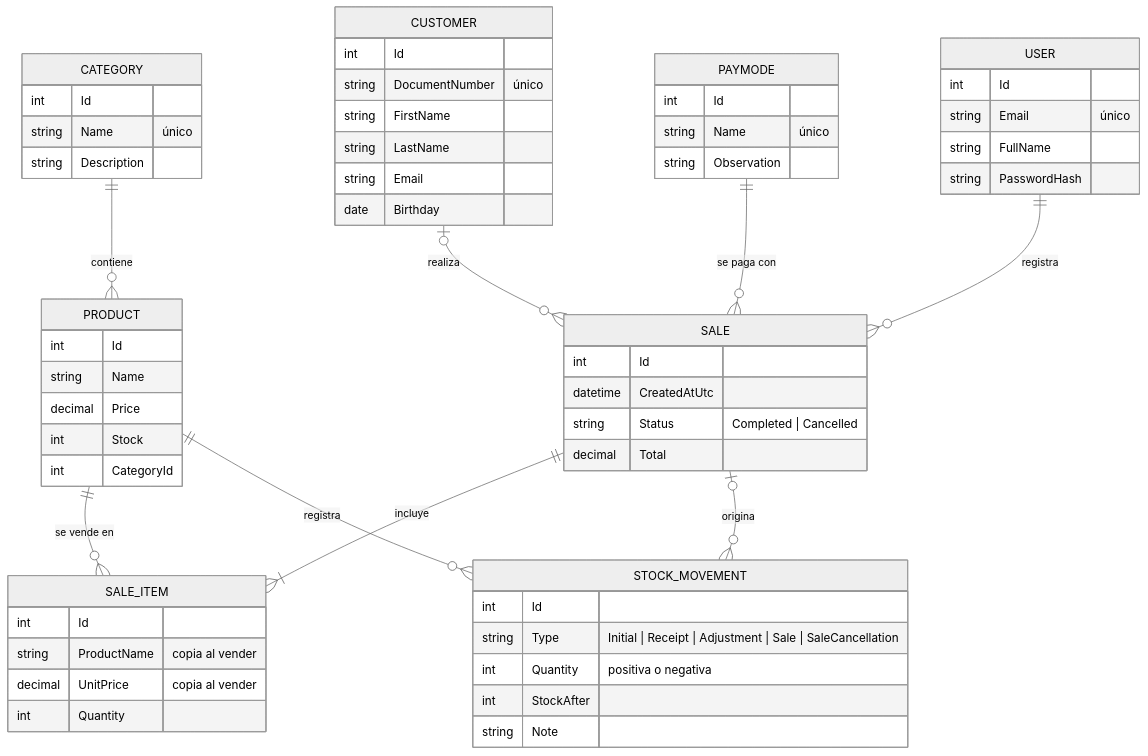
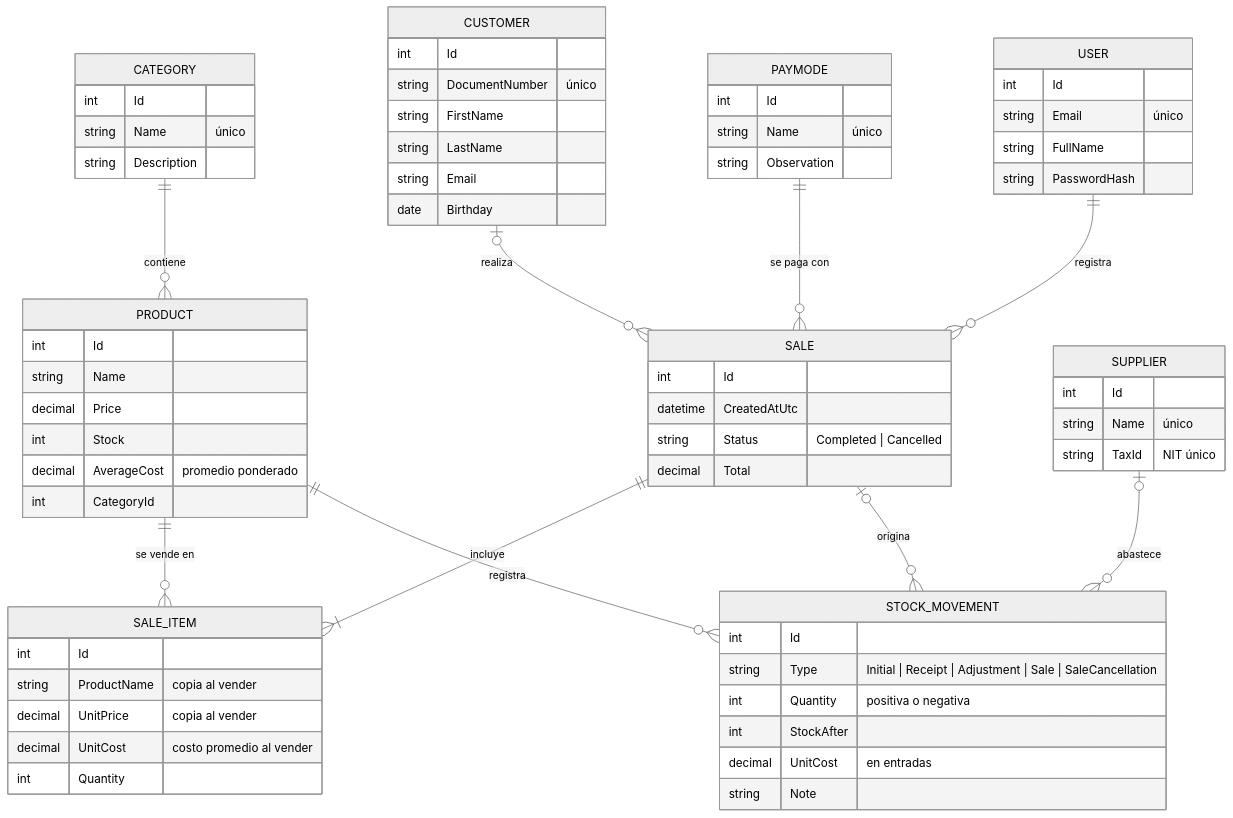
The diagram in README.md (zemogc/SupermarketWEB), drawn with Mermaid (neutral theme) before and after one commit. The commit also changed other lines of this file and 11 other files, not shown here.

````diff
--- a/README.md
+++ b/README.md
@@ -125,61 +135,70 @@
 ```mermaid
 erDiagram
     CATEGORY ||--o{ PRODUCT : contiene
     SALE ||--|{ SALE_ITEM : incluye
     PRODUCT ||--o{ SALE_ITEM : "se vende en"
     CUSTOMER |o--o{ SALE : realiza
     PAYMODE ||--o{ SALE : "se paga con"
     USER ||--o{ SALE : registra
     PRODUCT ||--o{ STOCK_MOVEMENT : registra
+    SUPPLIER |o--o{ STOCK_MOVEMENT : abastece
+    SUPPLIER {
+        int Id
+        string Name "único"
+        string TaxId "NIT único"
+    }
     SALE |o--o{ STOCK_MOVEMENT : origina
     STOCK_MOVEMENT {
         int Id
         string Type "Initial | Receipt | Adjustment | Sale | SaleCancellation"
         int Quantity "positiva o negativa"
         int StockAfter
+        decimal UnitCost "en entradas"
         string Note
     }
     SALE {
         int Id
         datetime CreatedAtUtc
         string Status "Completed | Cancelled"
         decimal Total
     }
     SALE_ITEM {
         int Id
         string ProductName "copia al vender"
         decimal UnitPrice "copia al vender"
+        decimal UnitCost "costo promedio al vender"
         int Quantity
     }
     CATEGORY {
         int Id
         string Name "único"
         string Description
     }
     PRODUCT {
         int Id
         string Name
         decimal Price
         int Stock
+        decimal AverageCost "promedio ponderado"
         int CategoryId
     }
     CUSTOMER {
         int Id
         string DocumentNumber "único"
         string FirstName
         string LastName
         string Email
         date Birthday
     }
     PAYMODE {
         int Id
         string Name "único"
         string Observation
     }
     USER {
         int Id
         string Email "único"
         string FullName
         string PasswordHash
     }
 ```
````
